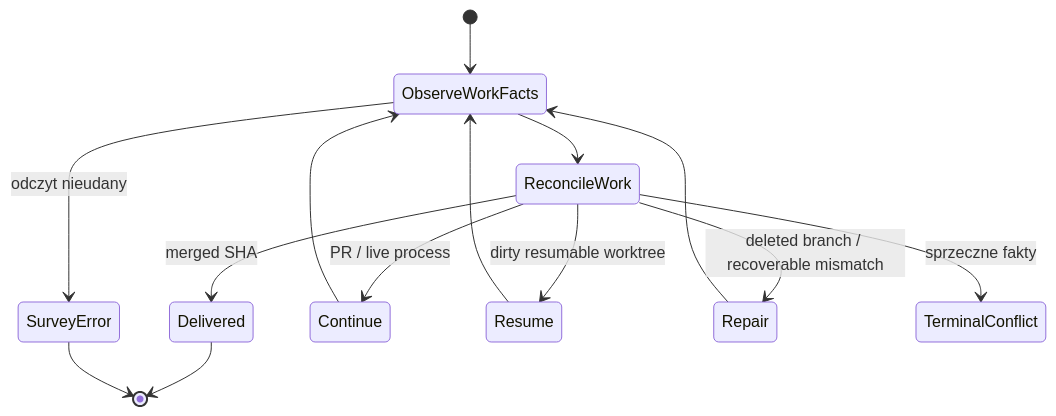
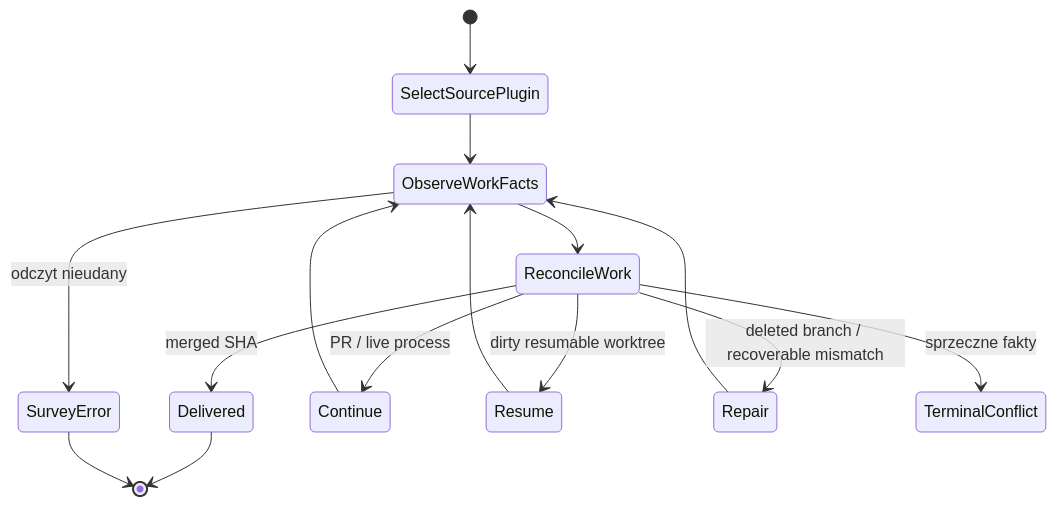
Diagram 45 of 53 in README.md (mikolaj92/lokay), drawn with Mermaid before and after one commit. The commit also changed other lines of this file and 9 other files, not shown here.

Commit message:
Make external source a catalog plugin

````diff
--- a/README.md
+++ b/README.md
@@ -1247,16 +1251,17 @@
 ```mermaid
 stateDiagram-v2
-    [*] --> ObserveWorkFacts
+    [*] --> SelectSourcePlugin
+    SelectSourcePlugin --> ObserveWorkFacts
     ObserveWorkFacts --> SurveyError: odczyt nieudany
     ObserveWorkFacts --> ReconcileWork
     ReconcileWork --> Delivered: merged SHA
     ReconcileWork --> Continue: PR / live process
     ReconcileWork --> Resume: dirty resumable worktree
     ReconcileWork --> Repair: deleted branch / recoverable mismatch
     ReconcileWork --> TerminalConflict: sprzeczne fakty
     Resume --> ObserveWorkFacts
     Repair --> ObserveWorkFacts
     Continue --> ObserveWorkFacts
     Delivered --> [*]
     SurveyError --> [*]
 ```
````
